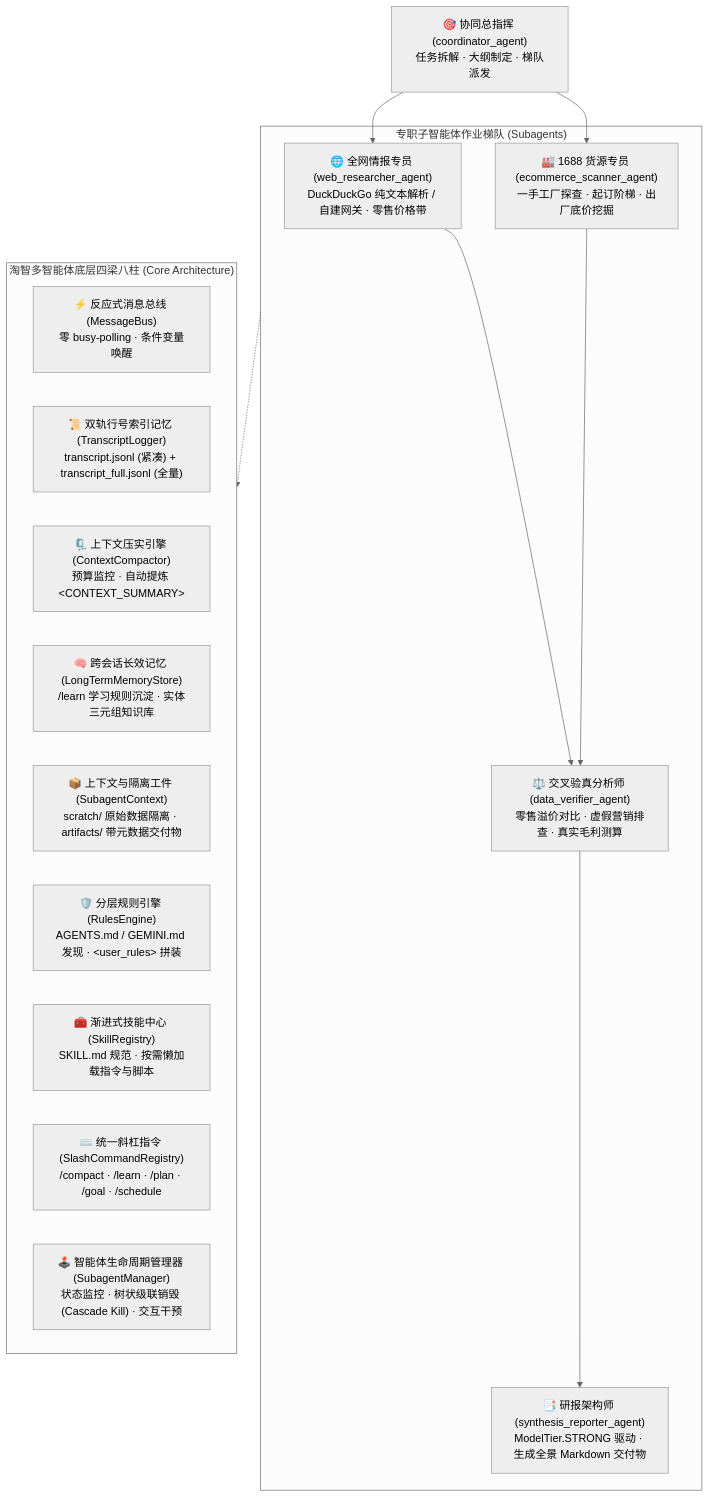
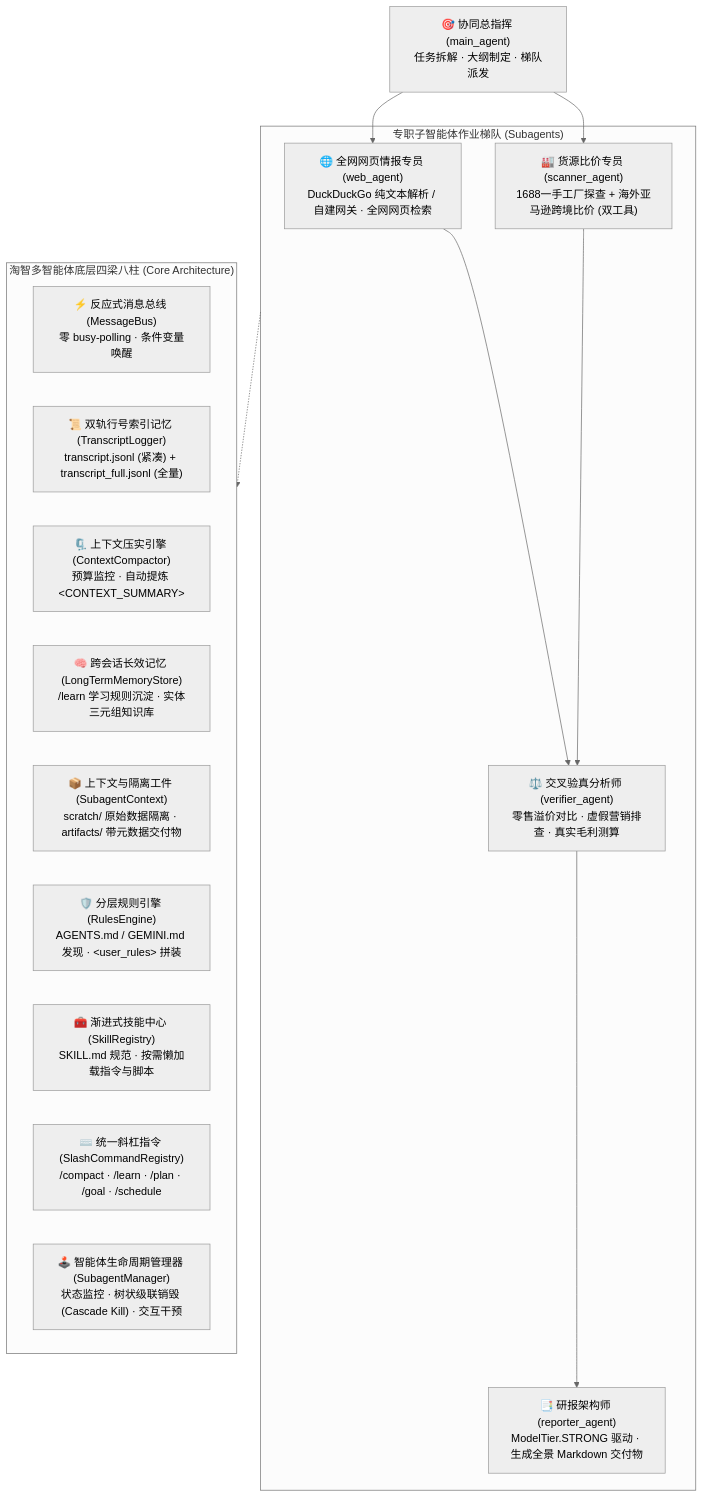
One commit to SenpeWang/TaoZhi-EcomAgent changed the second of 3 diagrams in README.md. Above: the diagram before and after it, drawn with Mermaid (neutral theme). The commit also changed other lines of this file and 194 other files, not shown here.

First line of the commit message:
refactor(architecture): 彻底重构多领域架构与真自治多智能体系统

````diff
--- a/README.md
+++ b/README.md
@@ -69,31 +69,31 @@
 ```mermaid
 flowchart TD
-    Coordinator["🎯 协同总指挥 (coordinator_agent)<br>任务拆解 · 大纲制定 · 梯队派发"]
+    Coordinator["🎯 协同总指挥 (main_agent)<br>任务拆解 · 大纲制定 · 梯队派发"]
 
     subgraph MultiAgents["专职子智能体作业梯队 (Subagents)"]
-        WebAgent["🌐 全网情报专员 (web_researcher_agent)<br>DuckDuckGo 纯文本解析 / 自建网关 · 零售价格带"]
-        ScannerAgent["🏭 1688 货源专员 (ecommerce_scanner_agent)<br>一手工厂探查 · 起订阶梯 · 出厂底价挖掘"]
-        VerifierAgent["⚖️ 交叉验真分析师 (data_verifier_agent)<br>零售溢价对比 · 虚假营销排查 · 真实毛利测算"]
-        ReporterAgent["📑 研报架构师 (synthesis_reporter_agent)<br>ModelTier.STRONG 驱动 · 生成全景 Markdown 交付物"]
+        WebAgent["🌐 全网网页情报专员 (web_agent)<br>DuckDuckGo 纯文本解析 / 自建网关 · 全网网页检索"]
+        ScannerAgent["🏭 货源比价专员 (scanner_agent)<br>1688一手工厂探查 + 海外亚马逊跨境比价 (双工具)"]
+        VerifierAgent["⚖️ 交叉验真分析师 (verifier_agent)<br>零售溢价对比 · 虚假营销排查 · 真实毛利测算"]
+        ReporterAgent["📑 研报架构师 (reporter_agent)<br>ModelTier.STRONG 驱动 · 生成全景 Markdown 交付物"]
     end
 
     subgraph CoreArch["淘智多智能体底层四梁八柱 (Core Architecture)"]
         Bus["⚡ 反应式消息总线 (MessageBus)<br>零 busy-polling · 条件变量唤醒"]
         Transcript["📜 双轨行号索引记忆 (TranscriptLogger)<br>transcript.jsonl (紧凑) + transcript_full.jsonl (全量)"]
         Compactor["🗜️ 上下文压实引擎 (ContextCompactor)<br>预算监控 · 自动提炼 &lt;CONTEXT_SUMMARY&gt;"]
         Store["🧠 跨会话长效记忆 (LongTermMemoryStore)<br>/learn 学习规则沉淀 · 实体三元组知识库"]
         ContextSys["📦 上下文与隔离工件 (SubagentContext)<br>scratch/ 原始数据隔离 · artifacts/ 带元数据交付物"]
         Rules["🛡️ 分层规则引擎 (RulesEngine)<br>AGENTS.md / GEMINI.md 发现 · &lt;user_rules&gt; 拼装"]
         Skills["🧰 渐进式技能中心 (SkillRegistry)<br>SKILL.md 规范 · 按需懒加载指令与脚本"]
         Commands["⌨️ 统一斜杠指令 (SlashCommandRegistry)<br>/compact · /learn · /plan · /goal · /schedule"]
         Manager["🕹️ 智能体生命周期管理器 (SubagentManager)<br>状态监控 · 树状级联销毁 (Cascade Kill) · 交互干预"]
     end
 
     Coordinator --> WebAgent
     Coordinator --> ScannerAgent
     WebAgent --> VerifierAgent
     ScannerAgent --> VerifierAgent
     VerifierAgent --> ReporterAgent
 
     MultiAgents -.-> CoreArch
 ```
````
